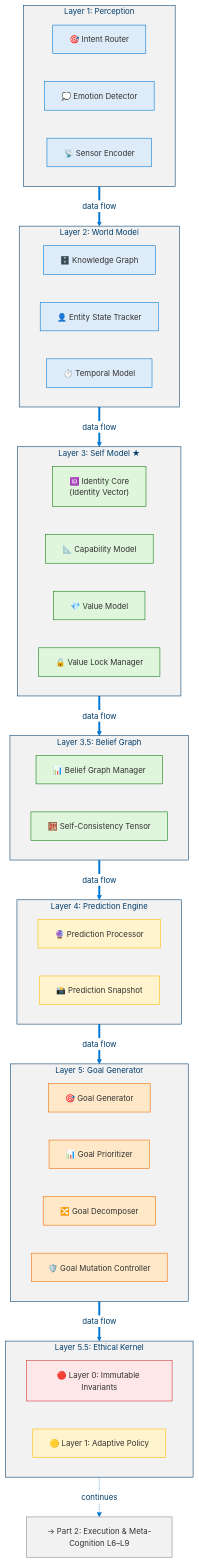
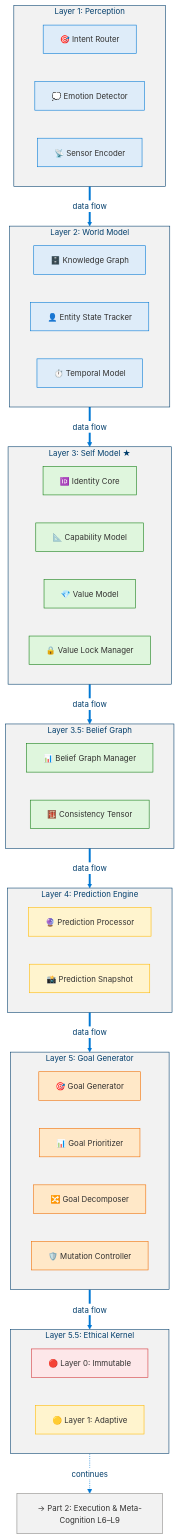
Before and after one commit to dotnetpower/mscp: the second of 19 diagrams in docs/levels/Level_3_Self_Regulating_Agent.md, drawn with Mermaid. The commit also changed other lines of this file and 10 other files, not shown here.

````diff
--- a/docs/levels/Level_3_Self_Regulating_Agent.md
+++ b/docs/levels/Level_3_Self_Regulating_Agent.md
@@ -139,61 +139,68 @@
 ```mermaid
 %%{init: {'theme': 'base', 'themeVariables': {'primaryColor': '#0078D4', 'primaryTextColor': '#003D6B', 'primaryBorderColor': '#003D6B', 'secondaryColor': '#50E6FF', 'secondaryTextColor': '#323130', 'secondaryBorderColor': '#00BCF2', 'tertiaryColor': '#F2F2F2', 'tertiaryTextColor': '#323130', 'lineColor': '#0078D4', 'textColor': '#323130', 'mainBkg': '#DEECF9', 'nodeBorder': '#0078D4', 'clusterBkg': '#F2F2F2', 'clusterBorder': '#003D6B', 'titleColor': '#003D6B', 'edgeLabelBackground': '#FFFFFF', 'fontSize': '14px'}}}%%
 flowchart TD
   classDef perception fill:#DEECF9,stroke:#0078D4,color:#323130
   classDef selfModel fill:#DFF6DD,stroke:#107C10,color:#323130
   classDef prediction fill:#FFF4CE,stroke:#FFB900,color:#323130
   classDef goal fill:#FFE8C8,stroke:#EF6C00,color:#323130
   classDef ethical fill:#FDE7E9,stroke:#D13438,color:#323130
   classDef neutral fill:#F2F2F2,stroke:#8A8886,color:#323130
 
   subgraph L1["Layer 1: Perception"]
+    direction LR
     IR1["🎯 Intent Router"]:::perception
     ED1["💭 Emotion Detector"]:::perception
     SE1["📡 Sensor Encoder"]:::perception
   end
 
   subgraph L2["Layer 2: World Model"]
+    direction LR
     KG2["🗄️ Knowledge Graph"]:::perception
     EST2["👤 Entity State Tracker"]:::perception
     TM2["⏱️ Temporal Model"]:::perception
   end
 
   subgraph L3["Layer 3: Self Model ★"]
-    IC3["🆔 Identity Core<br/>(Identity Vector)"]:::selfModel
+    direction LR
+    IC3["🆔 Identity Core"]:::selfModel
     CM3["📐 Capability Model"]:::selfModel
     VM3["💎 Value Model"]:::selfModel
     VLM3["🔒 Value Lock Manager"]:::selfModel
   end
 
   subgraph L3_5["Layer 3.5: Belief Graph"]
+    direction LR
     BGM["📊 Belief Graph Manager"]:::selfModel
-    SCT["🧮 Self-Consistency Tensor"]:::selfModel
+    SCT["🧮 Consistency Tensor"]:::selfModel
   end
 
   subgraph L4["Layer 4: Prediction Engine"]
+    direction LR
     PP4["🔮 Prediction Processor"]:::prediction
     PS4["📸 Prediction Snapshot"]:::prediction
   end
 
   subgraph L5["Layer 5: Goal Generator"]
+    direction LR
     GG5["🎯 Goal Generator"]:::goal
     GP5["📊 Goal Prioritizer"]:::goal
     GDC5["🔀 Goal Decomposer"]:::goal
-    GMC5["🛡️ Goal Mutation Controller"]:::goal
+    GMC5["🛡️ Mutation Controller"]:::goal
   end
 
   subgraph L5_5["Layer 5.5: Ethical Kernel"]
-    EK0["🔴 Layer 0: Immutable Invariants"]:::ethical
-    EK1["🟡 Layer 1: Adaptive Policy"]:::prediction
+    direction LR
+    EK0["🔴 Layer 0: Immutable"]:::ethical
+    EK1["🟡 Layer 1: Adaptive"]:::prediction
   end
 
   NEXT["→ Part 2: Execution & Meta-Cognition L6–L9"]:::neutral
 
   L1 ==>|data flow| L2
   L2 ==>|data flow| L3
   L3 ==>|data flow| L3_5
   L3_5 ==>|data flow| L4
   L4 ==>|data flow| L5
   L5 ==>|data flow| L5_5
   L5_5 -.->|continues| NEXT
 ```
````
